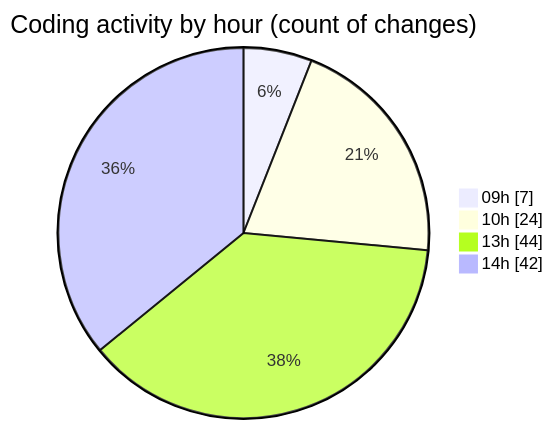
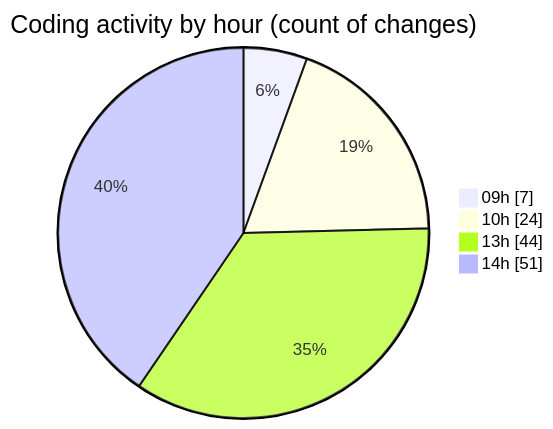
The second of 2 diagrams in 2025-04-10/cda/README.md (momahboobian/code-tracking), drawn with Mermaid before and after one commit. The commit also changed other lines of this file and 1 other file, not shown here.

````diff
--- a/2025-04-10/cda/README.md
+++ b/2025-04-10/cda/README.md
@@ -33,8 +33,8 @@
 ```mermaid
 pie showData
 title Coding activity by hour (count of changes)
 "09h" : 7
 "10h" : 24
 "13h" : 44
-"14h" : 42
+"14h" : 51
 ```
````
